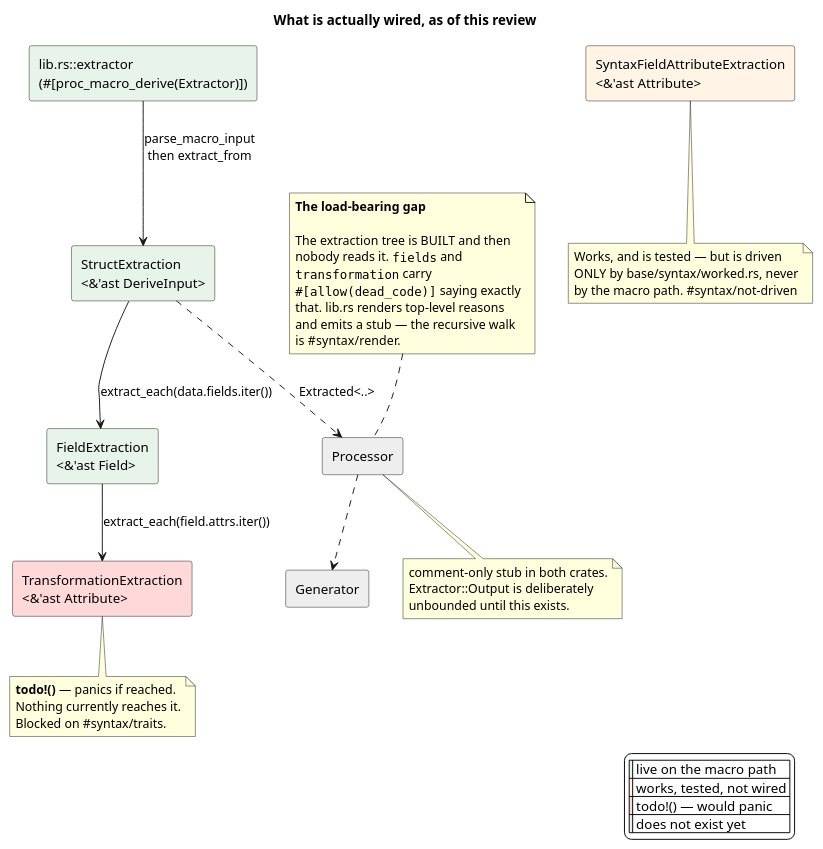
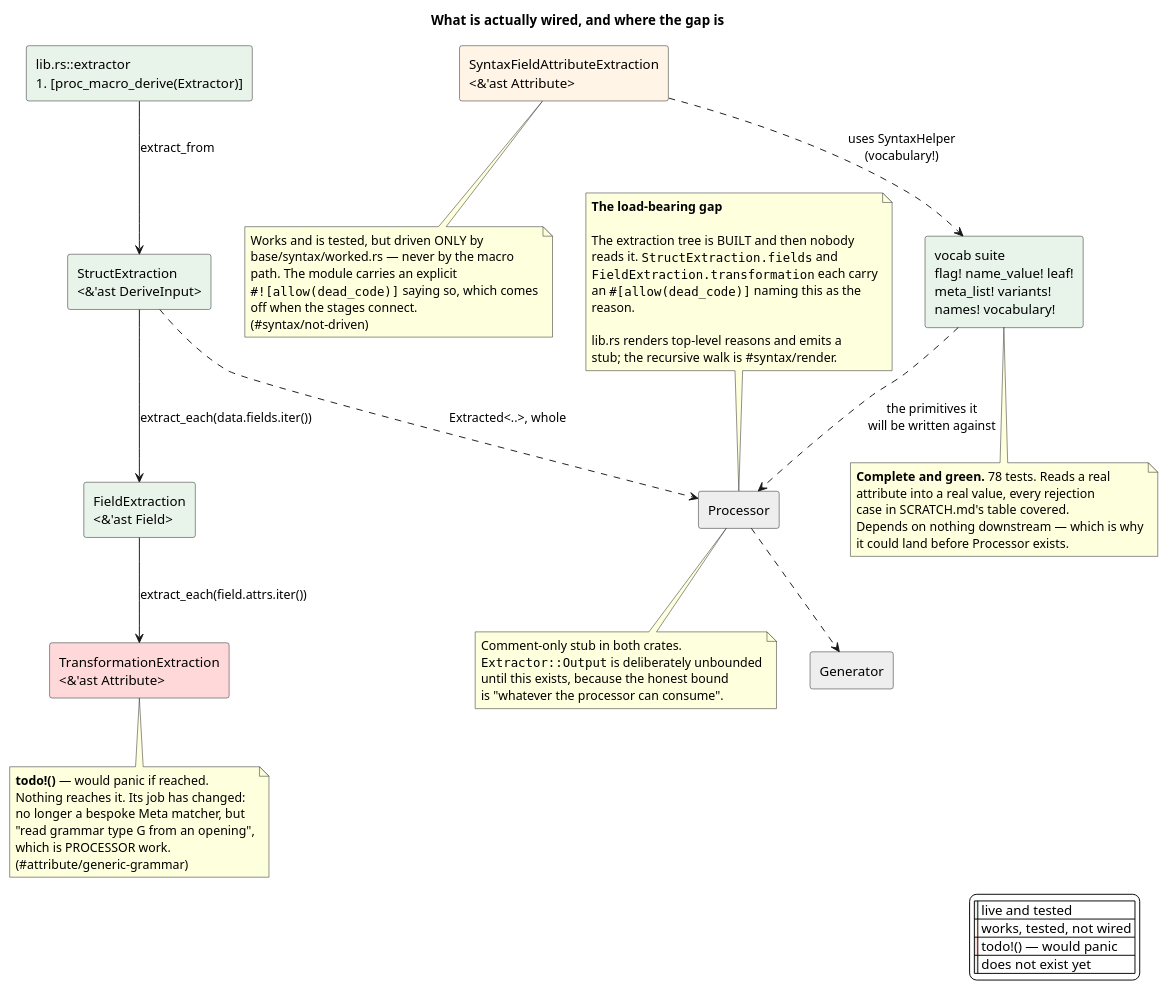
The diagram in docs/design/03-pipeline-status.puml (nzuzomagagula/proc-macro-flow), drawn with PlantUML before and after one commit. The commit also changed 32 other files, not shown here.

First line of the commit message:
Resolve #attribute/list and 2 more structural tasks

```diff
--- a/docs/design/03-pipeline-status.puml
+++ b/docs/design/03-pipeline-status.puml
@@ -1,63 +1,84 @@
 @startuml pipeline-status
-title What is actually wired, as of this review
+title What is actually wired, and where the gap is
 
 skinparam shadowing false
 skinparam legendBackgroundColor #FFFFFF
 
-rectangle "lib.rs::extractor\n(#[proc_macro_derive(Extractor)])" as Entry #E8F4EA
+rectangle "lib.rs::extractor\n#[proc_macro_derive(Extractor)]" as Entry #E8F4EA
 
 rectangle "StructExtraction\n<&'ast DeriveInput>" as S #E8F4EA
 rectangle "FieldExtraction\n<&'ast Field>" as F #E8F4EA
 rectangle "TransformationExtraction\n<&'ast Attribute>" as T #FFD9D9
 rectangle "SyntaxFieldAttributeExtraction\n<&'ast Attribute>" as Y #FFF4E5
 
+rectangle "vocab suite\nflag! name_value! leaf!\nmeta_list! variants!\nnames! vocabulary!" as V #E8F4EA
+
 rectangle "Processor" as P #EEEEEE
 rectangle "Generator" as G #EEEEEE
 
-Entry --> S : parse_macro_input\nthen extract_from
+Entry --> S : extract_from
 S --> F : extract_each(data.fields.iter())
 F --> T : extract_each(field.attrs.iter())
 
-S ..> P : Extracted<..>
+S ..> P : Extracted<..>, whole
 P ..> G
 
+V ..> P : the primitives it\nwill be written against
+Y ..> V : uses SyntaxHelper\n(vocabulary!)
+
 note bottom of T
-  **todo!()** — panics if reached.
-  Nothing currently reaches it.
-  Blocked on #syntax/traits.
+  **todo!()** — would panic if reached.
+  Nothing reaches it. Its job has changed:
+  no longer a bespoke Meta matcher, but
+  "read grammar type G from an opening",
+  which is PROCESSOR work.
+  (#attribute/generic-grammar)
 end note
 
 note bottom of Y
-  Works, and is tested — but is driven
-  ONLY by base/syntax/worked.rs, never
-  by the macro path. #syntax/not-driven
+  Works and is tested, but driven ONLY by
+  base/syntax/worked.rs — never by the macro
+  path. The module carries an explicit
+  ""#![allow(dead_code)]"" saying so, which comes
+  off when the stages connect.
+  (#syntax/not-driven)
+end note
+
+note bottom of V
+  **Complete and green.** 78 tests. Reads a real
+  attribute into a real value, every rejection
+  case in SCRATCH.md's table covered.
+  Depends on nothing downstream — which is why
+  it could land before Processor exists.
 end note
 
 note bottom of P
-  comment-only stub in both crates.
-  Extractor::Output is deliberately
-  unbounded until this exists.
+  Comment-only stub in both crates.
+  ""Extractor::Output"" is deliberately unbounded
+  until this exists, because the honest bound
+  is "whatever the processor can consume".
 end note
 
 legend right
-  |<#E8F4EA>| live on the macro path |
+  |<#E8F4EA>| live and tested |
   |<#FFF4E5>| works, tested, not wired |
   |<#FFD9D9>| todo!() — would panic |
   |<#EEEEEE>| does not exist yet |
 endlegend
 
 note as Gap
   **The load-bearing gap**
 
-  The extraction tree is BUILT and then
-  nobody reads it. ""fields"" and
-  ""transformation"" carry
-  ""#[allow(dead_code)]"" saying exactly
-  that. lib.rs renders top-level reasons
-  and emits a stub — the recursive walk
-  is #syntax/render.
+  The extraction tree is BUILT and then nobody
+  reads it. ""StructExtraction.fields"" and
+  ""FieldExtraction.transformation"" each carry
+  an ""#[allow(dead_code)]"" naming this as the
+  reason.
+
+  lib.rs renders top-level reasons and emits a
+  stub; the recursive walk is #syntax/render.
 end note
 
 Gap .. P
 
 @enduml
```
